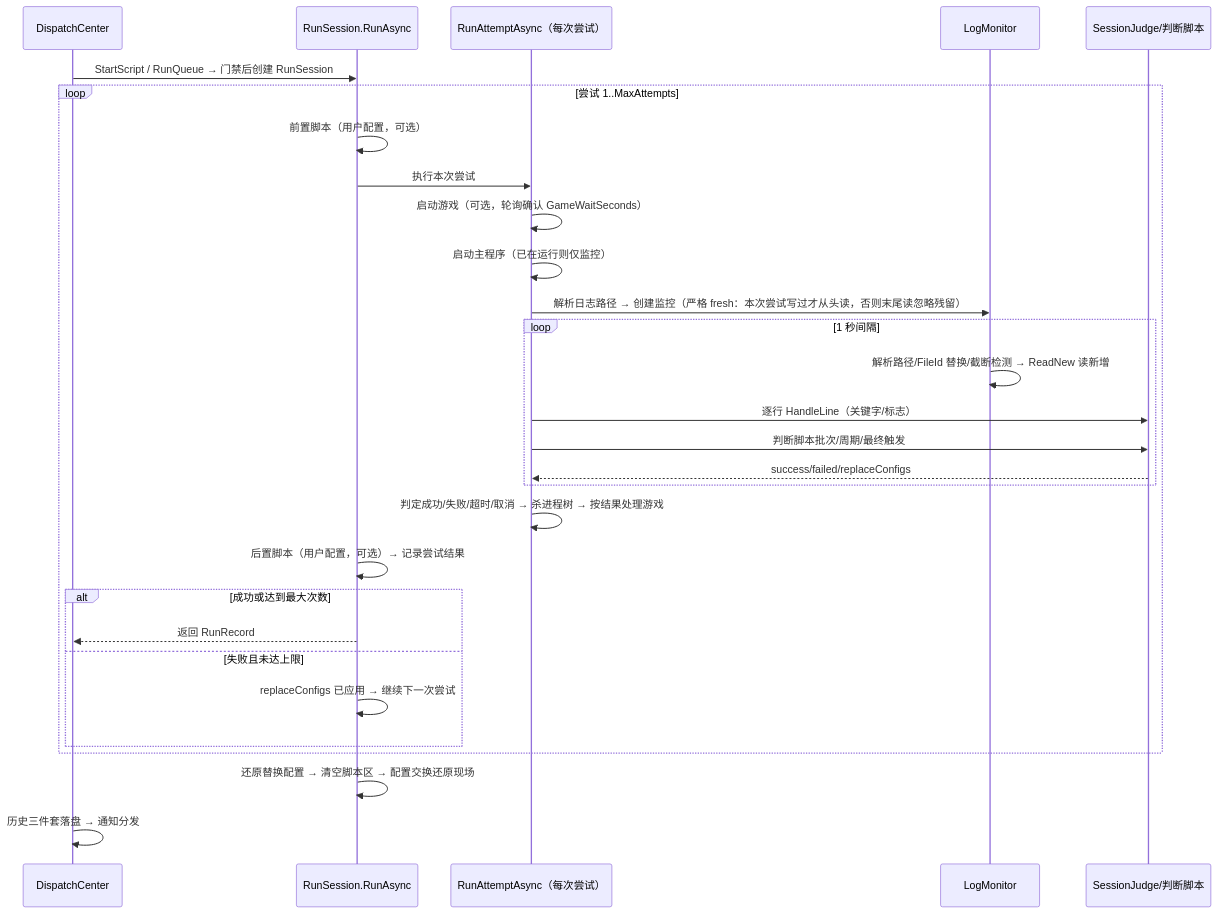
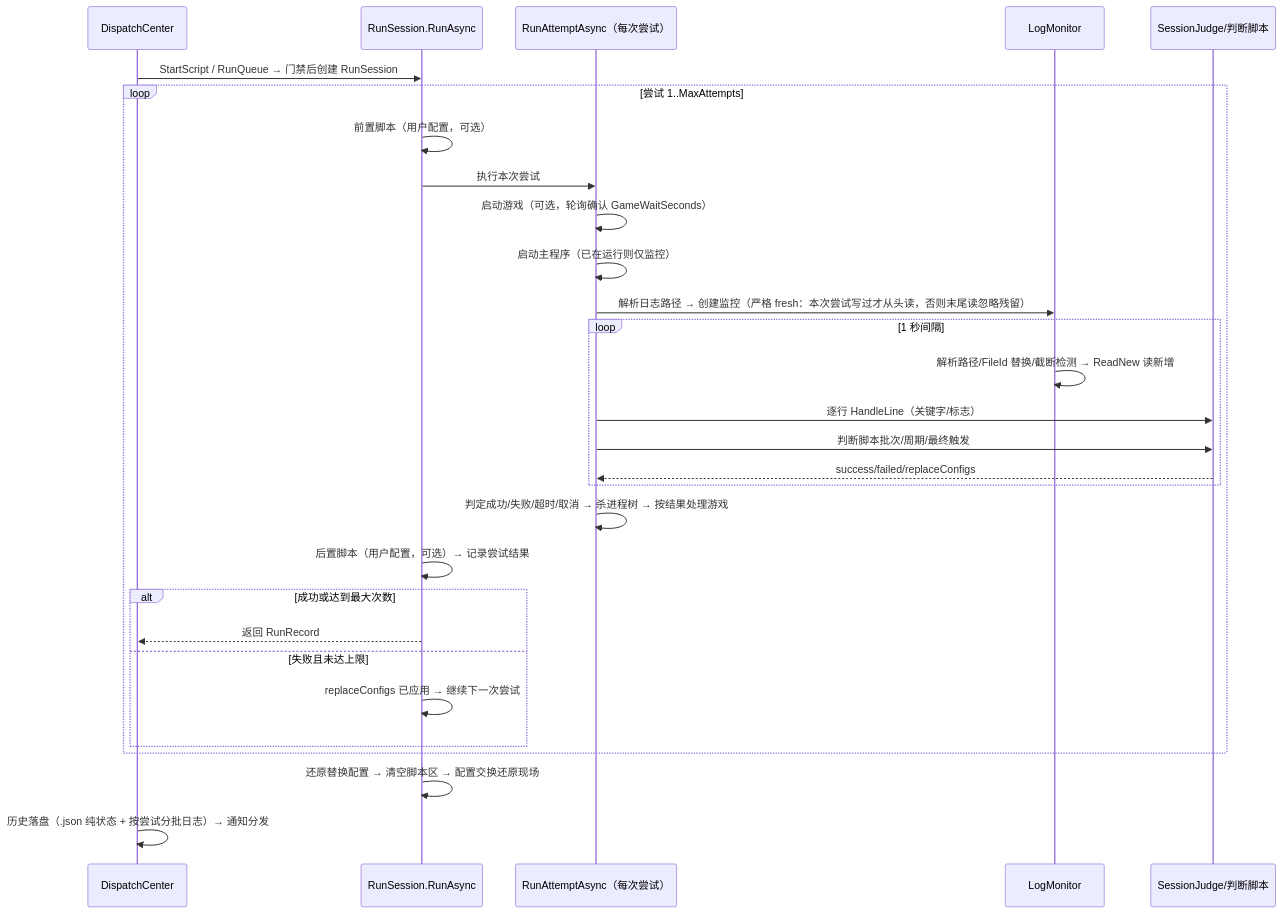
One commit to FlappiBakuse/NexusPipeline changed the first of 4 diagrams in docs/DESIGN.md. Above: the diagram before and after it, drawn with Mermaid. The commit also changed other lines of this file and 3 other files, not shown here.

````diff
--- a/docs/DESIGN.md
+++ b/docs/DESIGN.md
@@ -53,32 +53,32 @@
 ```mermaid
 sequenceDiagram
     participant DC as DispatchCenter
     participant S as RunSession.RunAsync
     participant A as RunAttemptAsync（每次尝试）
     participant M as LogMonitor
     participant J as SessionJudge/判断脚本
 
     DC->>S: StartScript / RunQueue → 门禁后创建 RunSession
     loop 尝试 1..MaxAttempts
         S->>S: 前置脚本（用户配置，可选）
         S->>A: 执行本次尝试
         A->>A: 启动游戏（可选，轮询确认 GameWaitSeconds）
         A->>A: 启动主程序（已在运行则仅监控）
         A->>M: 解析日志路径 → 创建监控（严格 fresh：本次尝试写过才从头读，否则末尾读忽略残留）
         loop 1 秒间隔
             M->>M: 解析路径/FileId 替换/截断检测 → ReadNew 读新增
             A->>J: 逐行 HandleLine（关键字/标志）
             A->>J: 判断脚本批次/周期/最终触发
             J-->>A: success/failed/replaceConfigs
         end
         A->>A: 判定成功/失败/超时/取消 → 杀进程树 → 按结果处理游戏
         S->>S: 后置脚本（用户配置，可选）→ 记录尝试结果
         alt 成功或达到最大次数
             S-->>DC: 返回 RunRecord
         else 失败且未达上限
             S->>S: replaceConfigs 已应用 → 继续下一次尝试
         end
     end
     S->>S: 还原替换配置 → 清空脚本区 → 配置交换还原现场
-    DC->>DC: 历史三件套落盘 → 通知分发
+    DC->>DC: 历史落盘（.json 纯状态 + 按尝试分批日志）→ 通知分发
 ```
````
